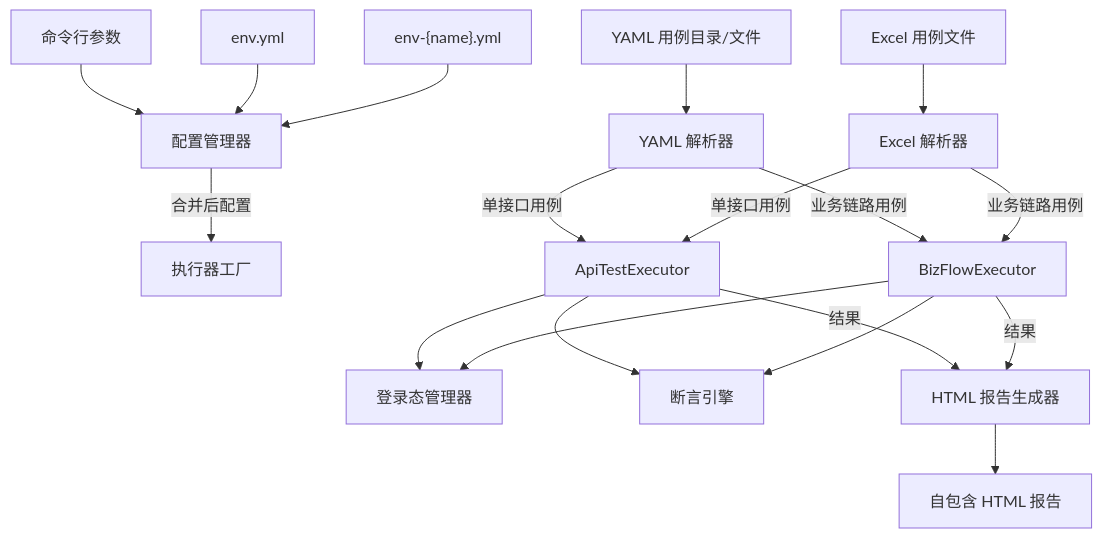
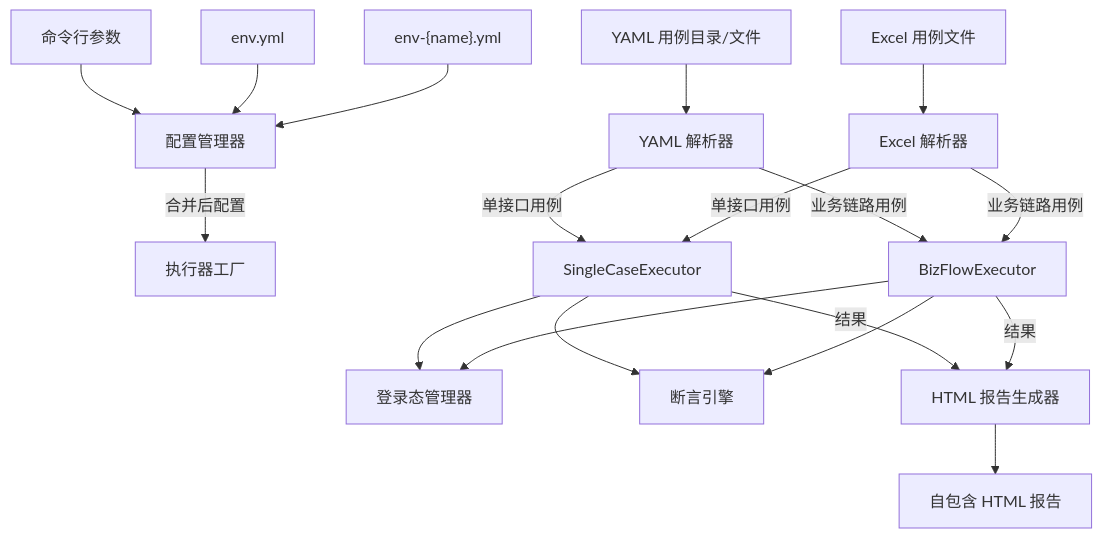
Before and after one commit to Remon-16/flow-forge: the first of 3 diagrams in python/README.md, drawn with Mermaid. The commit also changed other lines of this file and 28 other files, not shown here.

````diff
--- a/python/README.md
+++ b/python/README.md
@@ -9,20 +9,20 @@
 ```mermaid
 graph TD
     CLI[命令行参数] --> CM[配置管理器]
     ENV[env.yml] --> CM
     ENV_APP["env-{name}.yml"] --> CM
     CM --> |合并后配置| EXEC[执行器工厂]
     YAML[YAML 用例目录/文件] --> YP[YAML 解析器]
     EXCEL[Excel 用例文件] --> EP[Excel 解析器]
-    YP --> |单接口用例| API_EXEC[ApiTestExecutor]
+    YP --> |单接口用例| API_EXEC[SingleCaseExecutor]
     YP --> |业务链路用例| BIZ_EXEC[BizFlowExecutor]
     EP --> |单接口用例| API_EXEC
     EP --> |业务链路用例| BIZ_EXEC
     API_EXEC --> LM[登录态管理器]
     BIZ_EXEC --> LM
     API_EXEC --> AE[断言引擎]
     BIZ_EXEC --> AE
     API_EXEC --> |结果| REPORT[HTML 报告生成器]
     BIZ_EXEC --> |结果| REPORT
     REPORT --> HTML[自包含 HTML 报告]
 ```
````
